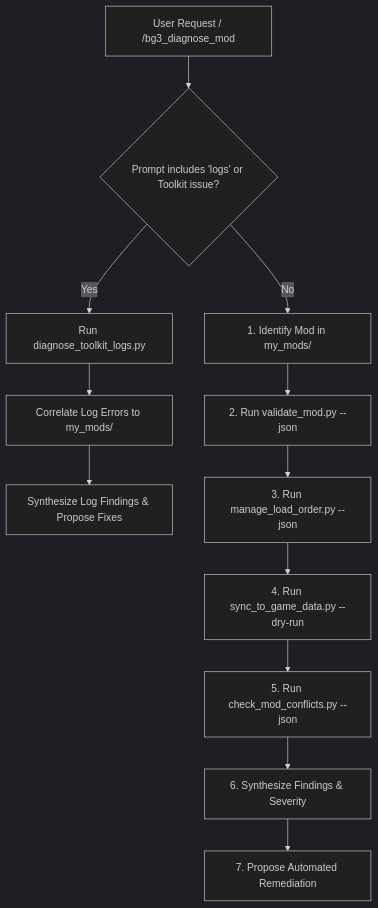
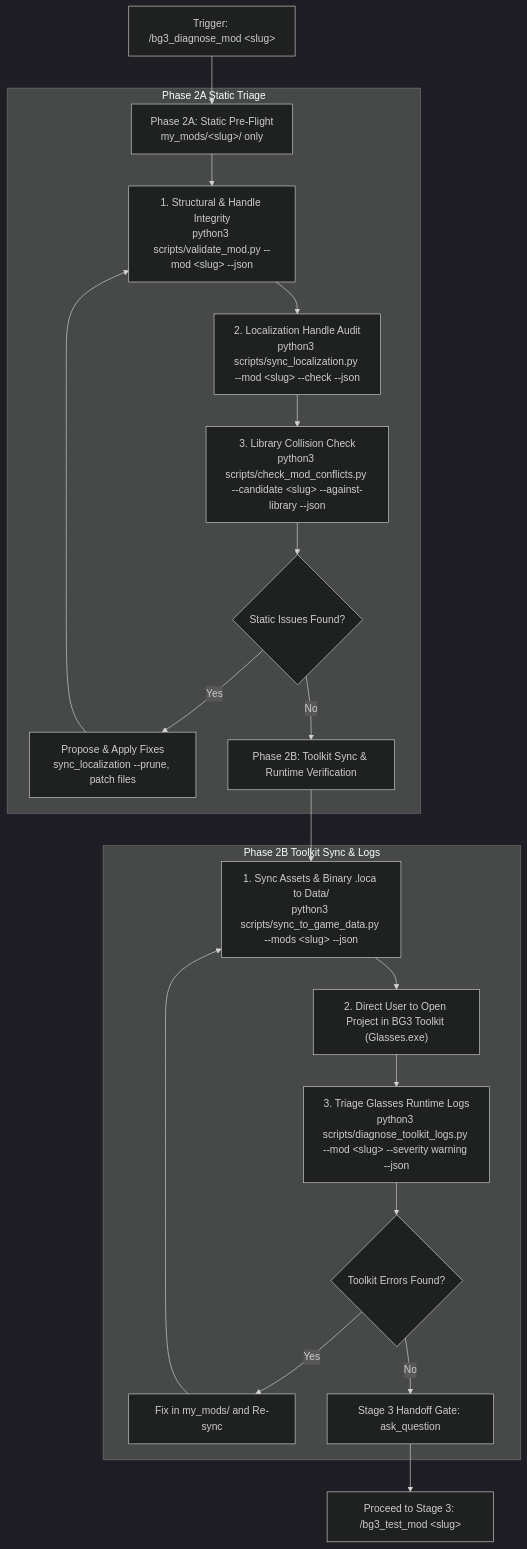
Before and after one commit to jpelton-stroud/bg3-mod-studio: the diagram in .agents/skills/bg3_diagnose_mod/SKILL.md, drawn with Mermaid (dark theme). The commit also changed other lines of this file and 51 other files, not shown here.

First line of the commit message:
refactor(scripts): streamline mod lifecycle tooling and agent skills (#23)

````diff
--- a/.agents/skills/bg3_diagnose_mod/SKILL.md
+++ b/.agents/skills/bg3_diagnose_mod/SKILL.md
@@ -29,14 +29,33 @@
 ```mermaid
 flowchart TD
-    Trigger["User Request / /bg3_diagnose_mod"] --> CheckLogs{"Prompt includes 'logs' or Toolkit issue?"}
-    CheckLogs -- "Yes" --> ToolkitLogMode["Run diagnose_toolkit_logs.py"]
-    ToolkitLogMode --> Correlate["Correlate Log Errors to my_mods/"]
-    Correlate --> SynthesizeLogs["Synthesize Log Findings & Propose Fixes"]
-    CheckLogs -- "No" --> Identify["1. Identify Mod in my_mods/"]
-    Identify --> RunVal["2. Run validate_mod.py --json"]
-    RunVal --> RunLO["3. Run manage_load_order.py --json"]
-    RunLO --> RunSync["4. Run sync_to_game_data.py --dry-run"]
-    RunSync --> RunConf["5. Run check_mod_conflicts.py --json"]
-    RunConf --> Synthesize["6. Synthesize Findings & Severity"]
-    Synthesize --> ProposeFix["7. Propose Automated Remediation"]
+    Trigger["Trigger: /bg3_diagnose_mod &lt;slug&gt;"] --> Phase2A["Phase 2A: Static Pre-Flight
+my_mods/&lt;slug&gt;/ only"]
+    
+    subgraph Phase 2A Static Triage
+        Phase2A --> Val["1. Structural & Handle Integrity
+python3 scripts/validate_mod.py --mod &lt;slug&gt; --json"]
+        Val --> Loc["2. Localization Handle Audit
+python3 scripts/sync_localization.py --mod &lt;slug&gt; --check --json"]
+        Loc --> Conf["3. Library Collision Check
+python3 scripts/check_mod_conflicts.py --candidate &lt;slug&gt; --against-library --json"]
+        Conf --> Fix2A{"Static Issues Found?"}
+        Fix2A -- "Yes" --> Patch2A["Propose & Apply Fixes
+sync_localization --prune, patch files"]
+        Patch2A --> Val
+        Fix2A -- "No" --> Phase2B["Phase 2B: Toolkit Sync & Runtime Verification"]
+    end
+    
+    subgraph Phase 2B Toolkit Sync & Logs
+        Phase2B --> Sync["1. Sync Assets & Binary .loca to Data/
+python3 scripts/sync_to_game_data.py --mods &lt;slug&gt; --json"]
+        Sync --> UserToolkit["2. Direct User to Open Project in BG3 Toolkit (Glasses.exe)"]
+        UserToolkit --> Logs["3. Triage Glasses Runtime Logs
+python3 scripts/diagnose_toolkit_logs.py --mod &lt;slug&gt; --severity warning --json"]
+        Logs --> LogFix{"Toolkit Errors Found?"}
+        LogFix -- "Yes" --> Patch2B["Fix in my_mods/ and Re-sync"]
+        Patch2B --> Sync
+        LogFix -- "No" --> Gate["Stage 3 Handoff Gate: ask_question"]
+    end
+    
+    Gate --> TestMod["Proceed to Stage 3: /bg3_test_mod &lt;slug&gt;"]
 ```
````
